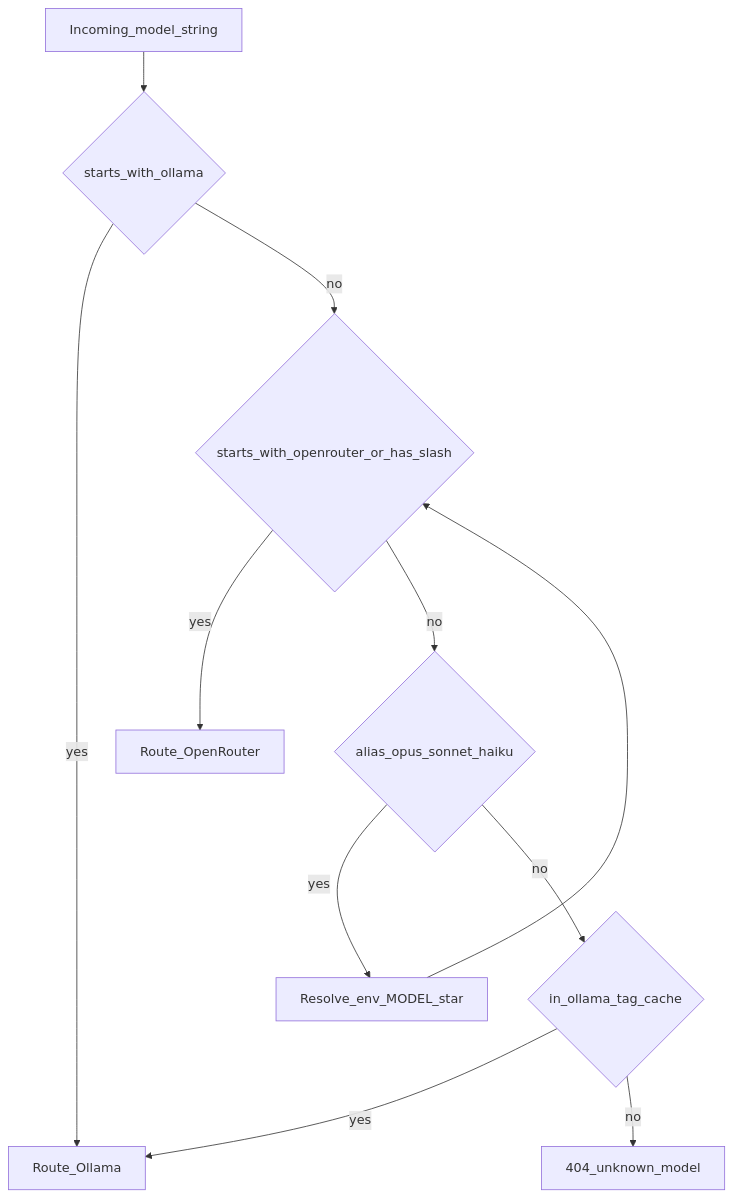
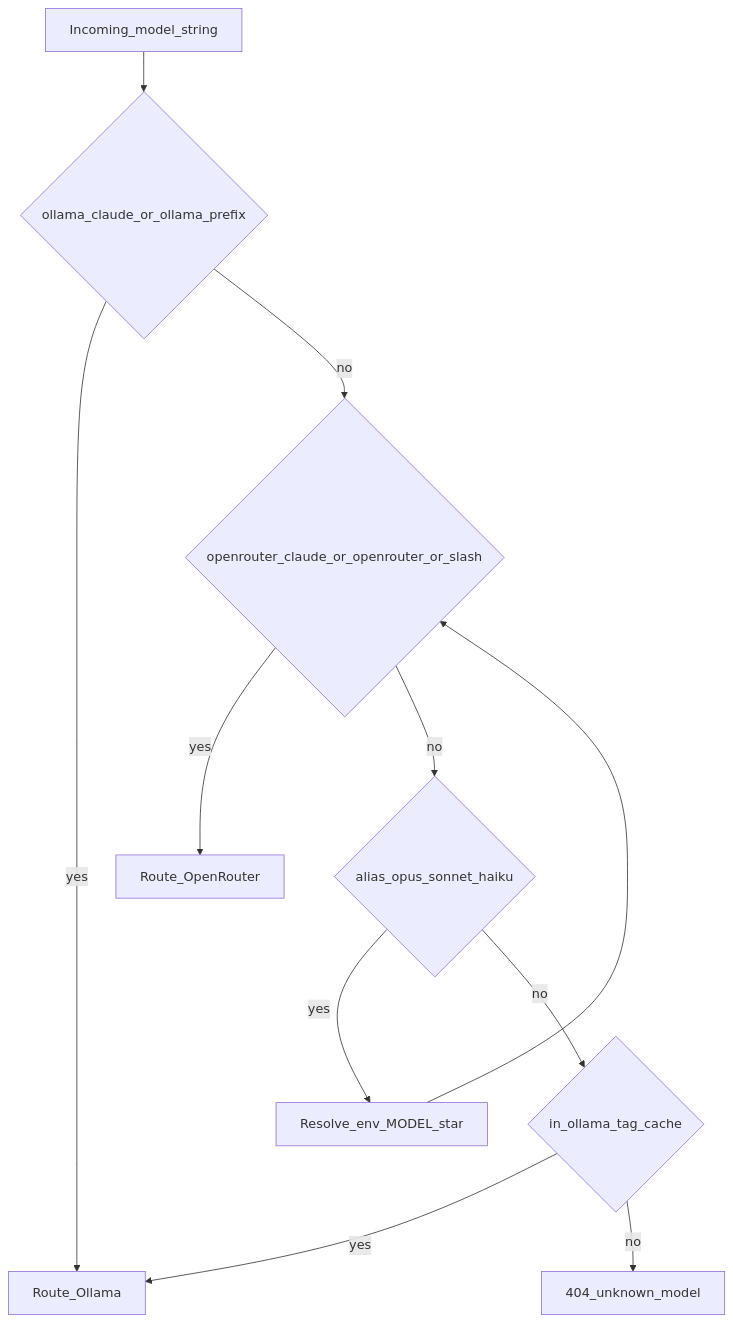
One commit to itzreqle/openrouter-ollama-proxy changed the third of 5 diagrams in README.md. Above: the diagram before and after it, drawn with Mermaid. The commit also changed other lines of this file, not shown here.

First line of the commit message:
docs: prefer openrouter-claude ids in routing and Ollama examples

````diff
--- a/README.md
+++ b/README.md
@@ -186,14 +186,14 @@
 ```mermaid
 flowchart TD
   req[Incoming_model_string]
-  req --> p1{starts_with_ollama}
+  req --> p1{ollama_claude_or_ollama_prefix}
   p1 -->|yes| OL[Route_Ollama]
-  p1 -->|no| p2{starts_with_openrouter_or_has_slash}
+  p1 -->|no| p2{openrouter_claude_or_openrouter_or_slash}
   p2 -->|yes| OR[Route_OpenRouter]
   p2 -->|no| p3{alias_opus_sonnet_haiku}
   p3 -->|yes| mapped[Resolve_env_MODEL_star]
   mapped --> p2
   p3 -->|no| p4{in_ollama_tag_cache}
   p4 -->|yes| OL
   p4 -->|no| err[404_unknown_model]
 ```
````
